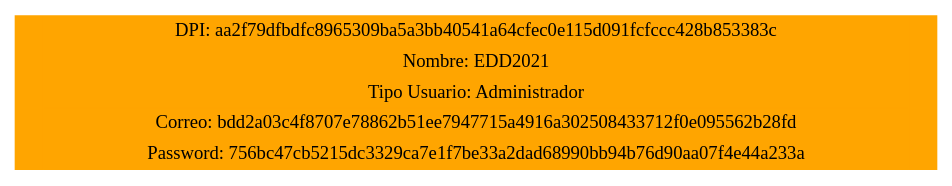
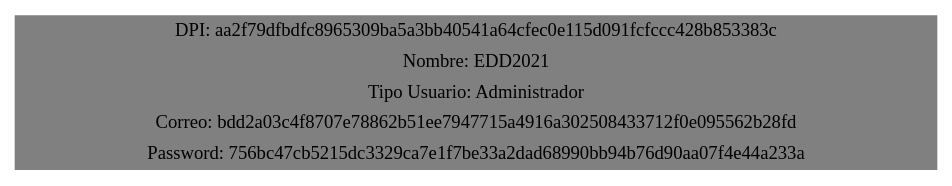
One commit to Daniel-Chicas/EDD_VirtualMall_201807079 changed the diagram in cliente/src/ArbolesUsuarios/diagrama.dot. Above: the diagram before and after it, drawn with Graphviz. The commit also changed 9 other files, not shown here.

```diff
--- a/cliente/src/ArbolesUsuarios/diagrama.dot
+++ b/cliente/src/ArbolesUsuarios/diagrama.dot
@@ -1,4 +1,4 @@
 digraph G{ 
 node[shape=record] 
-node0xc00013ac00 [style = filled color="orange" label="<f0>|{DPI: aa2f79dfbdfc8965309ba5a3bb40541a64cfec0e115d091fcfccc428b853383c|Nombre: EDD2021|Tipo Usuario: Administrador|Correo: bdd2a03c4f8707e78862b51ee7947715a4916a302508433712f0e095562b28fd|Password: 756bc47cb5215dc3329ca7e1f7be33a2dad68990bb94b76d90aa07f4e44a233a}|<f2>"] 
+node0xc0000b8c00 [style = filled color="gray" label="<f0>|{DPI: aa2f79dfbdfc8965309ba5a3bb40541a64cfec0e115d091fcfccc428b853383c|Nombre: EDD2021|Tipo Usuario: Administrador|Correo: bdd2a03c4f8707e78862b51ee7947715a4916a302508433712f0e095562b28fd|Password: 756bc47cb5215dc3329ca7e1f7be33a2dad68990bb94b76d90aa07f4e44a233a}|<f2>"] 
 }
```
